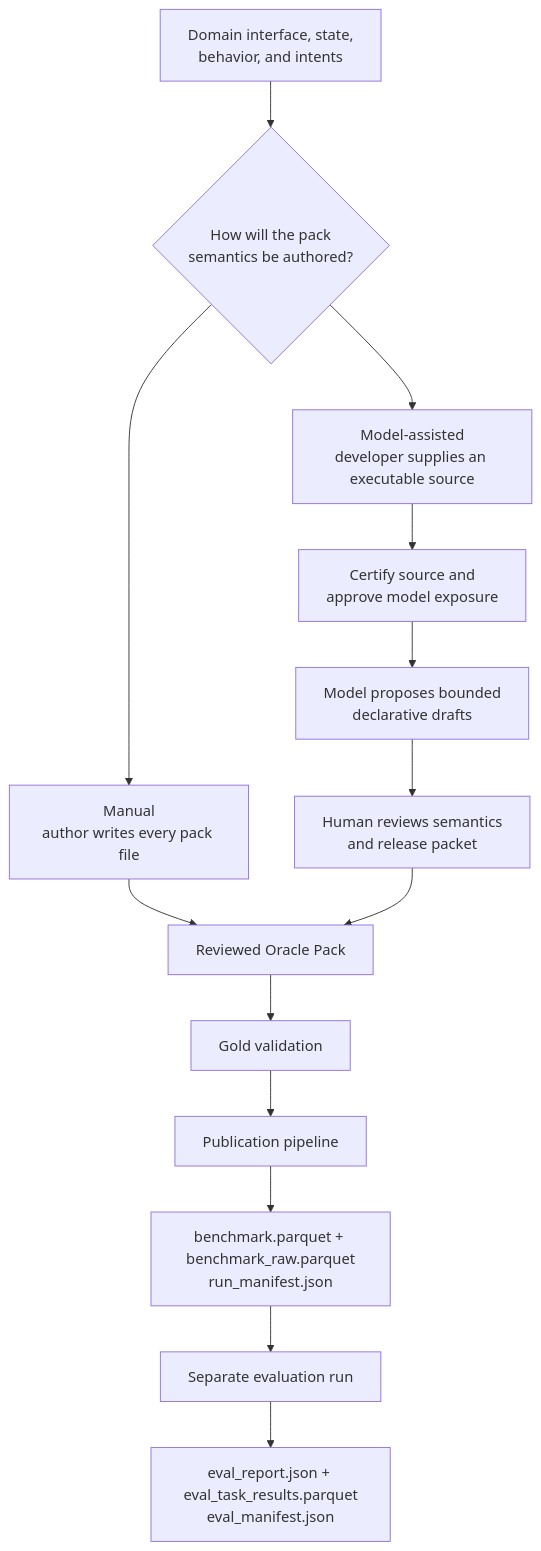
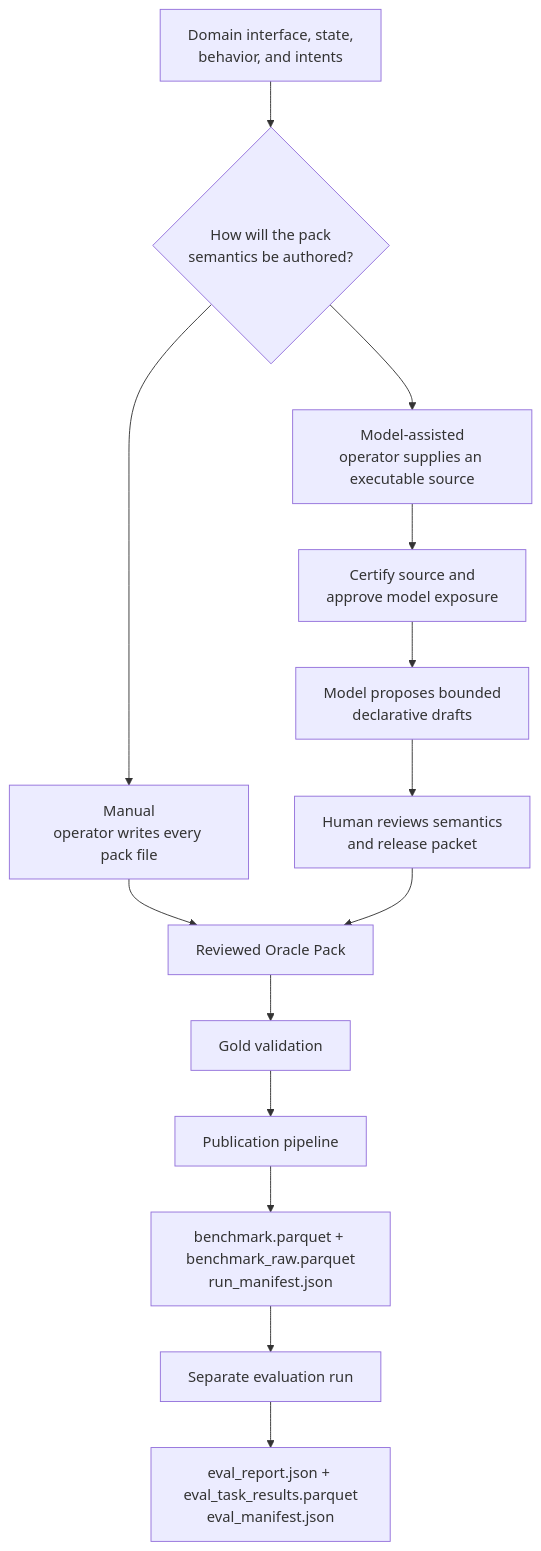
Before and after one commit to rkalaniNV/Nemotron: the diagram in docs/build-benchmarks/function-calling/how-to/start-from-domain-data.md, drawn with Mermaid. The commit also changed other lines of this file and 8 other files, not shown here.

````diff
--- a/docs/build-benchmarks/function-calling/how-to/start-from-domain-data.md
+++ b/docs/build-benchmarks/function-calling/how-to/start-from-domain-data.md
@@ -91,21 +91,21 @@
 ```mermaid
 flowchart TB
   START["Domain interface, state,<br/>behavior, and intents"]
   Q{"How will the pack<br/>semantics be authored?"}
-  MANUAL["Manual<br/>author writes every pack file"]
-  SOURCE["Model-assisted<br/>developer supplies an executable source"]
+  MANUAL["Manual<br/>operator writes every pack file"]
+  SOURCE["Model-assisted<br/>operator supplies an executable source"]
   INTAKE["Certify source and<br/>approve model exposure"]
   DRAFT["Model proposes bounded<br/>declarative drafts"]
   REVIEW["Human reviews semantics<br/>and release packet"]
   PACK["Reviewed Oracle Pack"]
   GOLD["Gold validation"]
   PUBLISH["Publication pipeline"]
   OUT["benchmark.parquet + benchmark_raw.parquet<br/>run_manifest.json"]
   EVAL["Separate evaluation run"]
   RESULT["eval_report.json + eval_task_results.parquet<br/>eval_manifest.json"]
 
   START --> Q
   Q --> MANUAL --> PACK
   Q --> SOURCE --> INTAKE --> DRAFT --> REVIEW --> PACK
   PACK --> GOLD --> PUBLISH --> OUT --> EVAL --> RESULT
 ```
````
